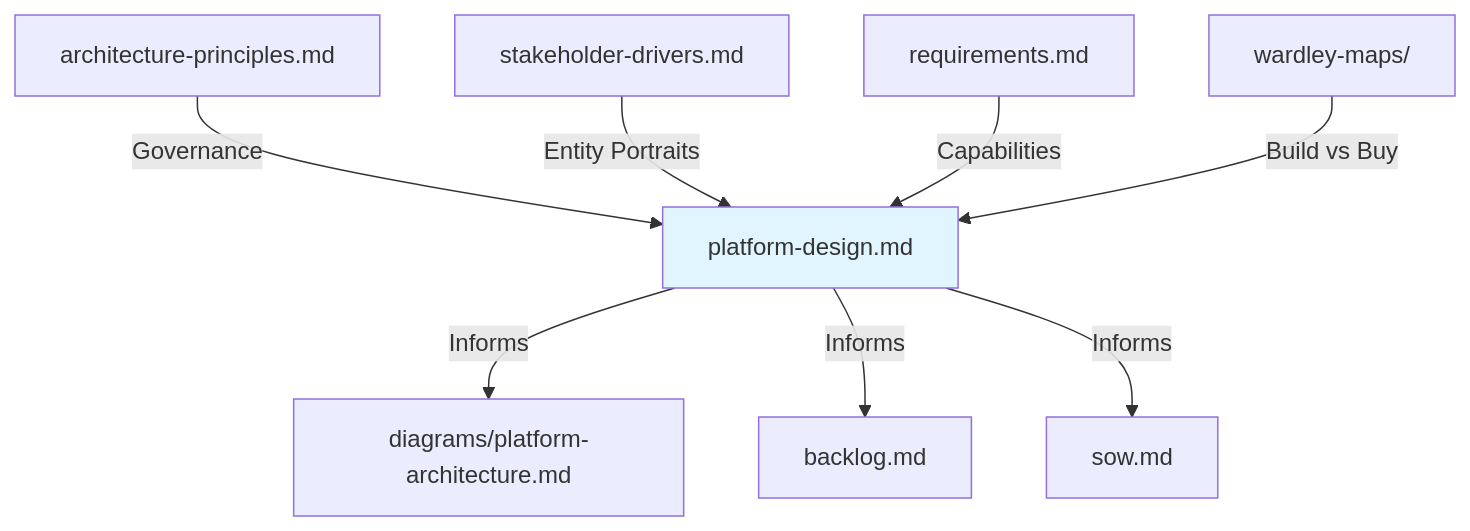
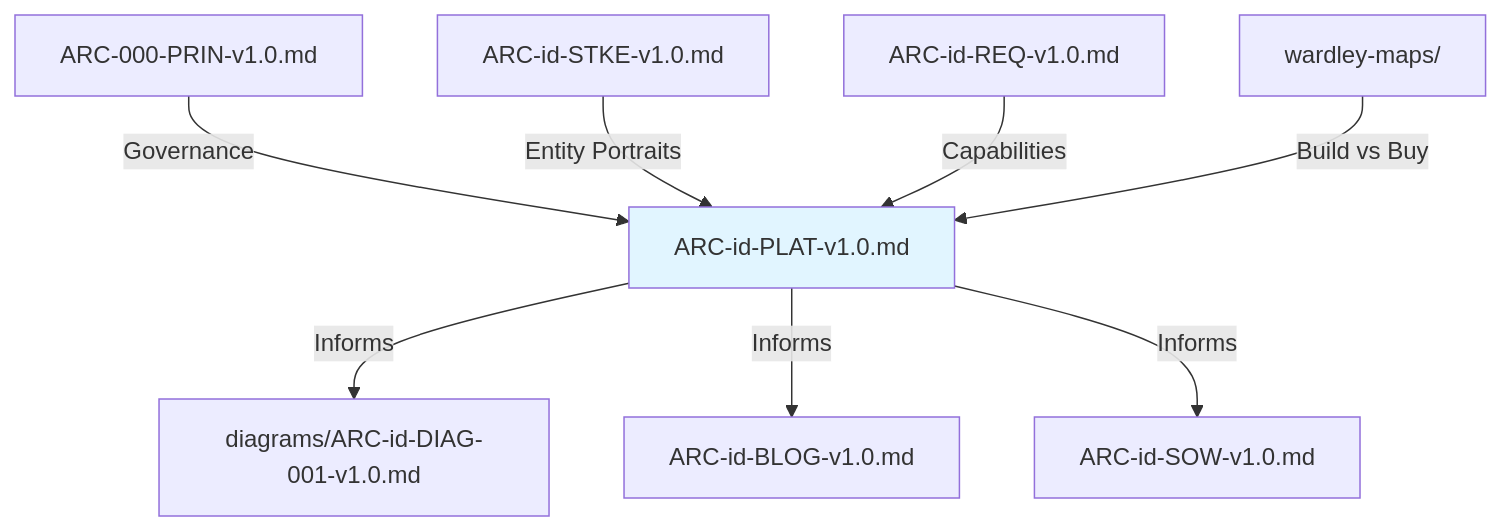
Before and after one commit to tractorjuice/arckit-test-project-v8-ons-data-platform: the diagram in docs/guides/platform-design.md, drawn with Mermaid. The commit also changed other lines of this file and 179 other files, not shown here.

Commit message:
chore: sync with arc-kit (ASCII diagrams, migration script updates)

````diff
--- a/docs/guides/platform-design.md
+++ b/docs/guides/platform-design.md
@@ -349,13 +347,13 @@
 ```mermaid
 graph TD
-    A[architecture-principles.md] -->|Governance| H[platform-design.md]
-    B[stakeholder-drivers.md] -->|Entity Portraits| H
-    C[requirements.md] -->|Capabilities| H
+    A[ARC-000-PRIN-v1.0.md] -->|Governance| H[ARC-id-PLAT-v1.0.md]
+    B[ARC-id-STKE-v1.0.md] -->|Entity Portraits| H
+    C[ARC-id-REQ-v1.0.md] -->|Capabilities| H
     D[wardley-maps/] -->|Build vs Buy| H
 
-    H -->|Informs| E[diagrams/platform-architecture.md]
-    H -->|Informs| F[backlog.md]
-    H -->|Informs| G[sow.md]
+    H -->|Informs| E[diagrams/ARC-id-DIAG-001-v1.0.md]
+    H -->|Informs| F[ARC-id-BLOG-v1.0.md]
+    H -->|Informs| G[ARC-id-SOW-v1.0.md]
 
     style H fill:#e1f5ff
 ```
````
